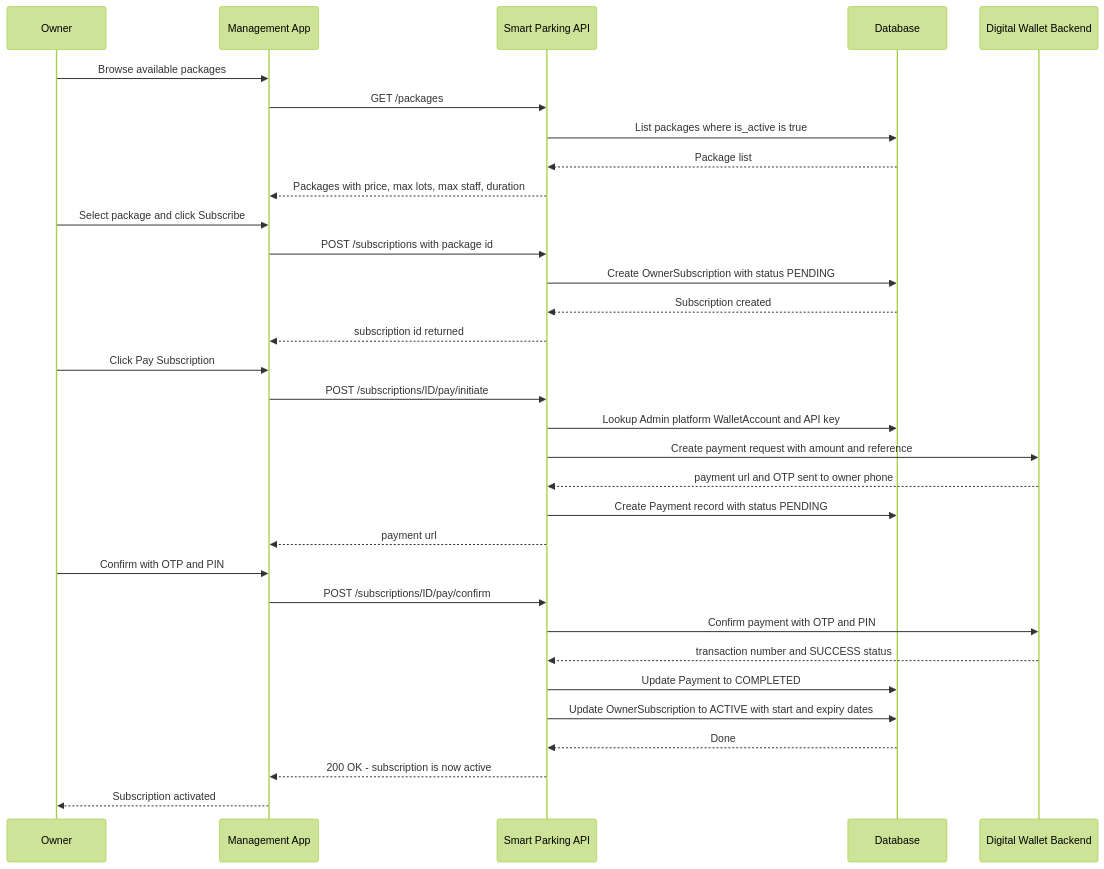
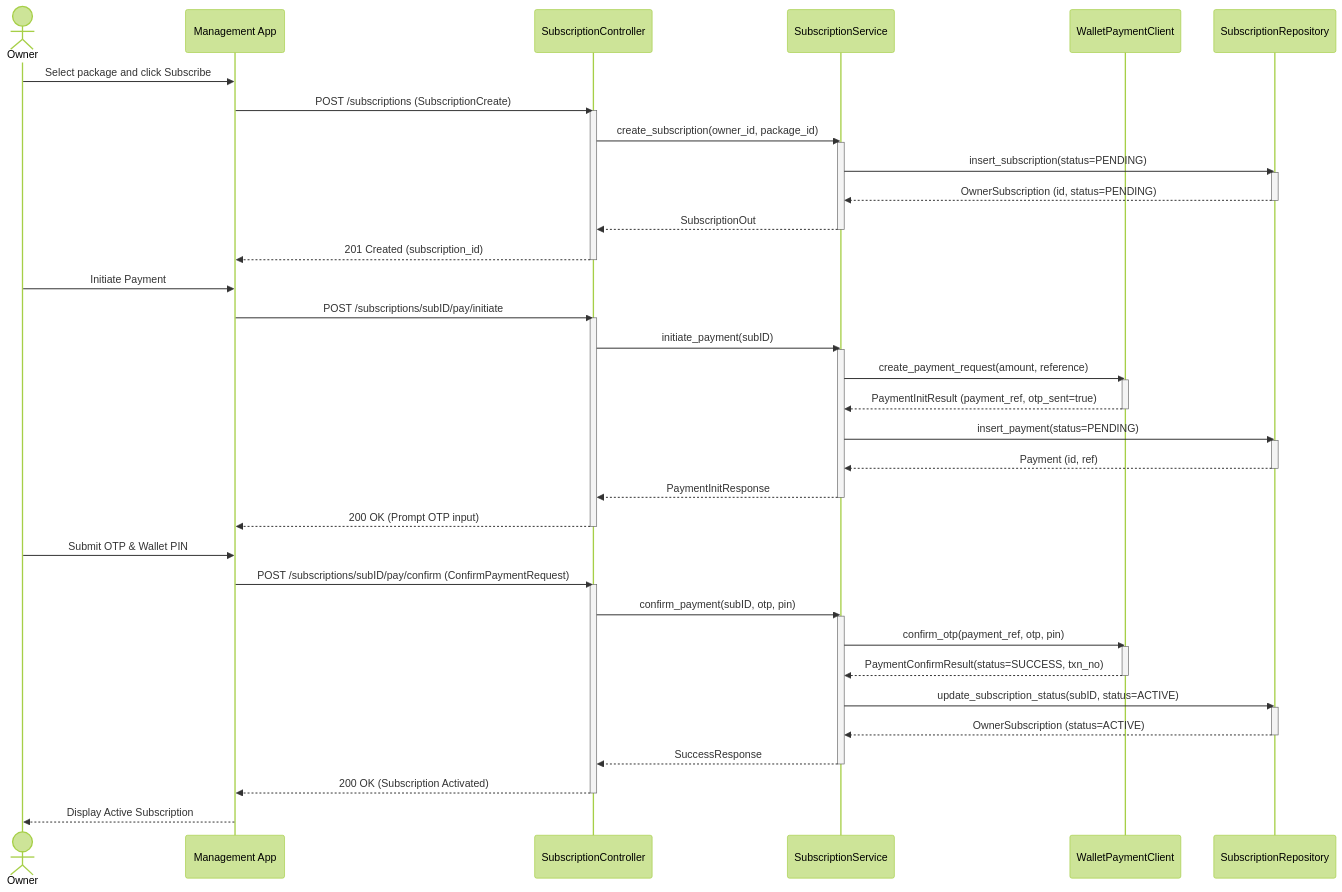
Before and after one commit to kxunsithu/smart-parking-lot-system: diagram 12 of 16 in docs/Smart_Parking_Lot_System_Documentation.md, drawn with Mermaid (forest theme). The commit also changed other lines of this file and 1 other file, not shown here.

````diff
--- a/docs/Smart_Parking_Lot_System_Documentation.md
+++ b/docs/Smart_Parking_Lot_System_Documentation.md
@@ -982,38 +1201,60 @@
 ```mermaid
 sequenceDiagram
-    participant Owner
-    participant App as Management App
-    participant API as Smart Parking API
-    participant DB as Database
-    participant Wallet as Digital Wallet Backend
+    actor Owner
+    participant UI as Management App
+    participant API as SubscriptionController
+    participant Service as SubscriptionService
+    participant Wallet as WalletPaymentClient
+    participant DB as SubscriptionRepository
 
-    Owner->>App: Browse available packages
-    App->>API: GET /packages
-    API->>DB: List packages where is_active is true
-    DB-->>API: Package list
-    API-->>App: Packages with price, max lots, max staff, duration
+    Owner->>UI: Select package and click Subscribe
+    UI->>API: POST /subscriptions (SubscriptionCreate)
+    activate API
+    API->>Service: create_subscription(owner_id, package_id)
+    activate Service
+    Service->>DB: insert_subscription(status=PENDING)
+    activate DB
+    DB-->>Service: OwnerSubscription (id, status=PENDING)
+    deactivate DB
+    Service-->>API: SubscriptionOut
+    deactivate Service
+    API-->>UI: 201 Created (subscription_id)
+    deactivate API
 
-    Owner->>App: Select package and click Subscribe
-    App->>API: POST /subscriptions with package id
-    API->>DB: Create OwnerSubscription with status PENDING
-    DB-->>API: Subscription created
-    API-->>App: subscription id returned
+    Owner->>UI: Initiate Payment
+    UI->>API: POST /subscriptions/subID/pay/initiate
+    activate API
+    API->>Service: initiate_payment(subID)
+    activate Service
+    Service->>Wallet: create_payment_request(amount, reference)
+    activate Wallet
+    Wallet-->>Service: PaymentInitResult (payment_ref, otp_sent=true)
+    deactivate Wallet
+    Service->>DB: insert_payment(status=PENDING)
+    activate DB
+    DB-->>Service: Payment (id, ref)
+    deactivate DB
+    Service-->>API: PaymentInitResponse
+    deactivate Service
+    API-->>UI: 200 OK (Prompt OTP input)
+    deactivate API
 
-    Owner->>App: Click Pay Subscription
-    App->>API: POST /subscriptions/ID/pay/initiate
-    API->>DB: Lookup Admin platform WalletAccount and API key
-    API->>Wallet: Create payment request with amount and reference
-    Wallet-->>API: payment url and OTP sent to owner phone
-    API->>DB: Create Payment record with status PENDING
-    API-->>App: payment url
-
-    Owner->>App: Confirm with OTP and PIN
-    App->>API: POST /subscriptions/ID/pay/confirm
-    API->>Wallet: Confirm payment with OTP and PIN
-    Wallet-->>API: transaction number and SUCCESS status
-    API->>DB: Update Payment to COMPLETED
-    API->>DB: Update OwnerSubscription to ACTIVE with start and expiry dates
-    DB-->>API: Done
-    API-->>App: 200 OK - subscription is now active
-    App-->>Owner: Subscription activated
+    Owner->>UI: Submit OTP & Wallet PIN
+    UI->>API: POST /subscriptions/subID/pay/confirm (ConfirmPaymentRequest)
+    activate API
+    API->>Service: confirm_payment(subID, otp, pin)
+    activate Service
+    Service->>Wallet: confirm_otp(payment_ref, otp, pin)
+    activate Wallet
+    Wallet-->>Service: PaymentConfirmResult(status=SUCCESS, txn_no)
+    deactivate Wallet
+    Service->>DB: update_subscription_status(subID, status=ACTIVE)
+    activate DB
+    DB-->>Service: OwnerSubscription (status=ACTIVE)
+    deactivate DB
+    Service-->>API: SuccessResponse
+    deactivate Service
+    API-->>UI: 200 OK (Subscription Activated)
+    deactivate API
+    UI-->>Owner: Display Active Subscription
 ```
````
